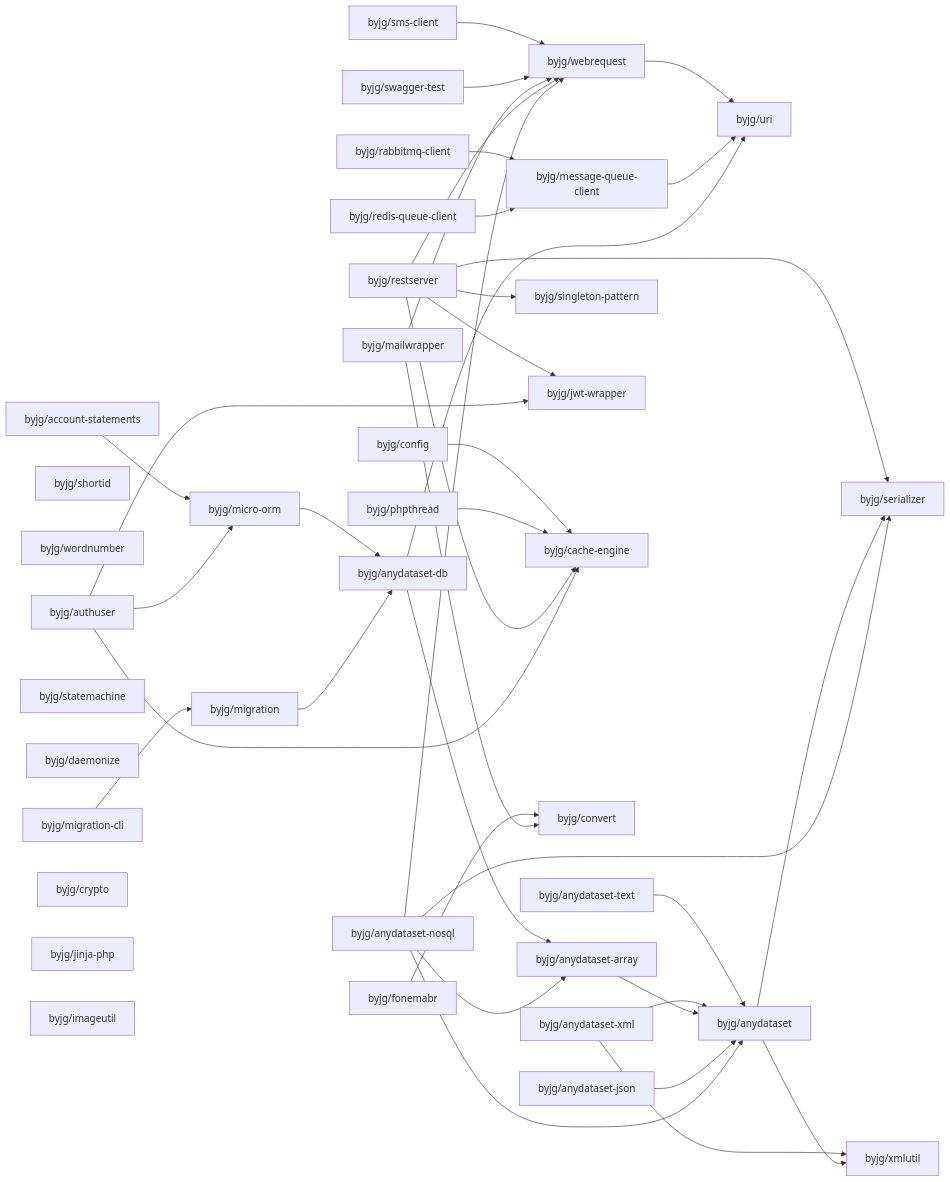
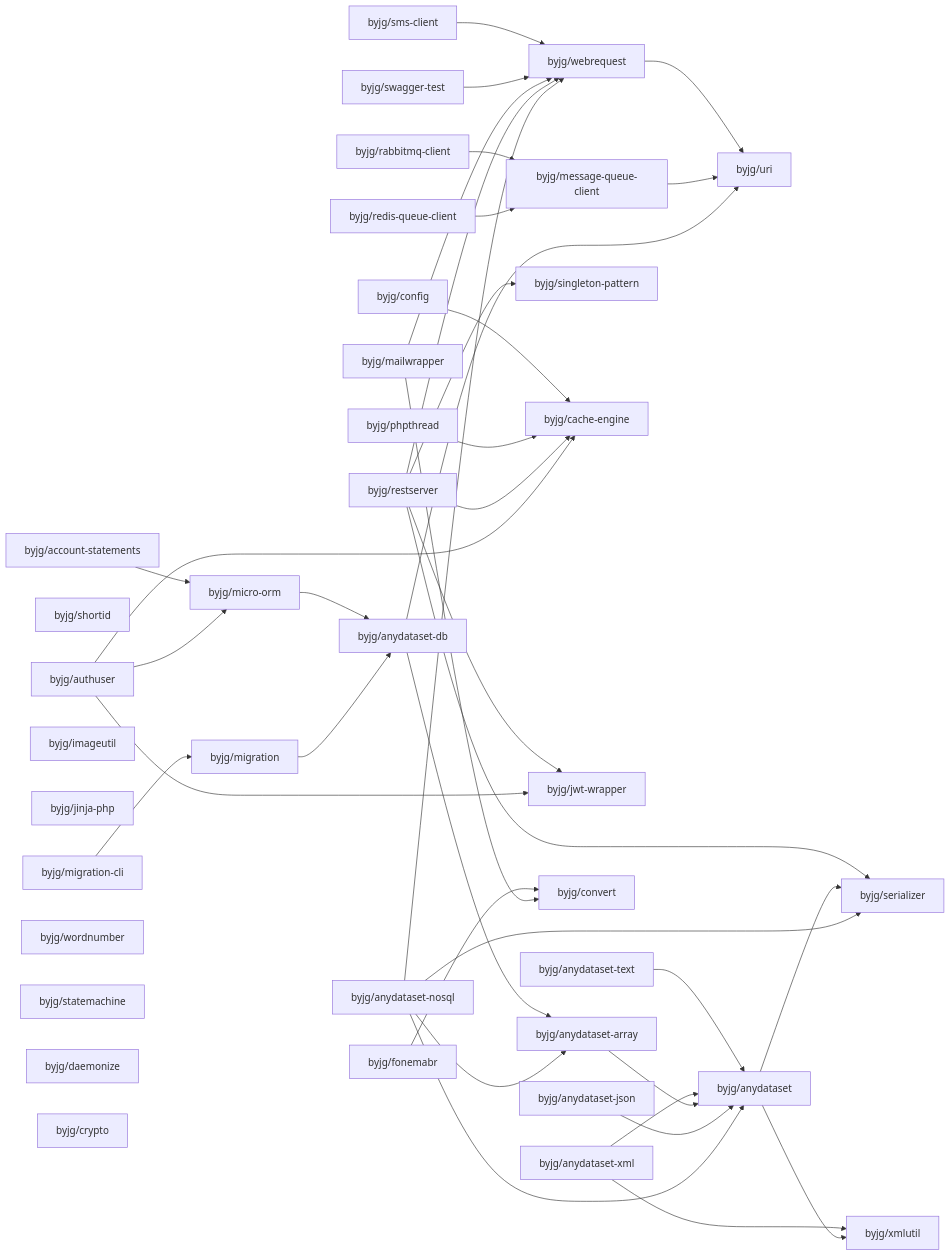
Before and after one commit to byjg/byjg.github.io: the diagram in php/README.md, drawn with Mermaid. The commit also changed other lines of this file and 1 other file, not shown here.

Commit message:
Update documentation 'php' 'php-restserver'

````diff
--- a/php/README.md
+++ b/php/README.md
@@ -3,76 +3,76 @@
 ```mermaid
 graph LR;
+  byjg/anydataset-text;
+  byjg/migration-cli;
+  byjg/anydataset-json;
+  byjg/sms-client;
   byjg/fonemabr;
-  byjg/sms-client;
+  byjg/shortid;
   byjg/authuser;
+  byjg/swagger-test;
+  byjg/imageutil;
+  byjg/jinja-php;
+  byjg/account-statements;
+  byjg/rabbitmq-client;
+  byjg/phpthread;
+  byjg/anydataset-xml;
+  byjg/config;
+  byjg/restserver;
   byjg/redis-queue-client;
-  byjg/shortid;
-  byjg/config;
-  byjg/rabbitmq-client;
-  byjg/restserver;
   byjg/wordnumber;
-  byjg/account-statements;
+  byjg/anydataset-nosql;
   byjg/statemachine;
-  byjg/anydataset-xml;
-  byjg/anydataset-nosql;
-  byjg/anydataset-text;
-  byjg/phpthread;
-  byjg/swagger-test;
-  byjg/anydataset-json;
+  byjg/mailwrapper;
   byjg/daemonize;
-  byjg/migration-cli;
   byjg/crypto;
-  byjg/jinja-php;
-  byjg/imageutil;
-  byjg/mailwrapper;
+  byjg/migration;
+  byjg/micro-orm;
+  byjg/singleton-pattern;
+  byjg/cache-engine;
+  byjg/jwt-wrapper;
   byjg/message-queue-client;
-  byjg/singleton-pattern;
-  byjg/jwt-wrapper;
-  byjg/micro-orm;
-  byjg/cache-engine;
-  byjg/migration;
   byjg/convert;
   byjg/webrequest;
   byjg/anydataset-db;
   byjg/anydataset-array;
   byjg/uri;
   byjg/anydataset;
   byjg/serializer;
   byjg/xmlutil;
   byjg/sms-client --> byjg/webrequest;
   byjg/fonemabr --> byjg/convert;
   byjg/config --> byjg/cache-engine;
   byjg/anydataset-text --> byjg/anydataset;
   byjg/webrequest --> byjg/uri;
   byjg/account-statements --> byjg/micro-orm;
   byjg/rabbitmq-client --> byjg/message-queue-client;
   byjg/micro-orm --> byjg/anydataset-db;
   byjg/phpthread --> byjg/cache-engine;
   byjg/swagger-test --> byjg/webrequest;
   byjg/anydataset-xml --> byjg/anydataset;
   byjg/anydataset-xml --> byjg/xmlutil;
   byjg/anydataset-array --> byjg/anydataset;
   byjg/mailwrapper --> byjg/convert;
   byjg/mailwrapper --> byjg/webrequest;
   byjg/message-queue-client --> byjg/uri;
   byjg/anydataset-db --> byjg/anydataset-array;
   byjg/anydataset-db --> byjg/uri;
   byjg/anydataset-json --> byjg/anydataset;
   byjg/migration --> byjg/anydataset-db;
   byjg/redis-queue-client --> byjg/message-queue-client;
   byjg/restserver --> byjg/serializer;
   byjg/restserver --> byjg/singleton-pattern;
   byjg/restserver --> byjg/cache-engine;
   byjg/restserver --> byjg/webrequest;
   byjg/restserver --> byjg/jwt-wrapper;
   byjg/authuser --> byjg/micro-orm;
   byjg/authuser --> byjg/cache-engine;
   byjg/authuser --> byjg/jwt-wrapper;
   byjg/migration-cli --> byjg/migration;
   byjg/anydataset --> byjg/serializer;
   byjg/anydataset --> byjg/xmlutil;
   byjg/anydataset-nosql --> byjg/anydataset;
   byjg/anydataset-nosql --> byjg/anydataset-array;
   byjg/anydataset-nosql --> byjg/serializer;
   byjg/anydataset-nosql --> byjg/webrequest;
 ```
````
